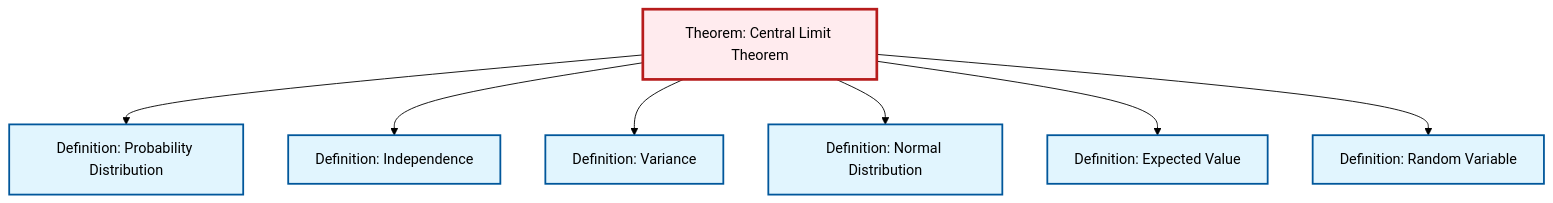
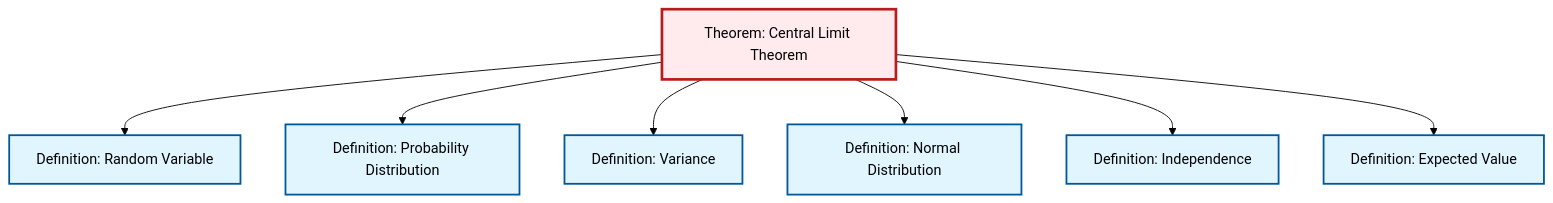
Before and after one commit to RK0429/ModernMath: the second of 2 diagrams in content/en/probability-statistics/thm-central-limit.qmd, drawn with Mermaid (forest theme). The commit also changed other lines of this file and 672 other files, not shown here.

````diff
--- a/content/en/probability-statistics/thm-central-limit.qmd
+++ b/content/en/probability-statistics/thm-central-limit.qmd
@@ -111,29 +111,29 @@
 ```{mermaid}
 %%| fig-cap: "Local dependency graph"
 graph TD
     classDef definition fill:#e1f5fe,stroke:#01579b,stroke-width:2px
     classDef theorem fill:#f3e5f5,stroke:#4a148c,stroke-width:2px
     classDef axiom fill:#fff3e0,stroke:#e65100,stroke-width:2px
     classDef example fill:#e8f5e9,stroke:#1b5e20,stroke-width:2px
     classDef current fill:#ffebee,stroke:#b71c1c,stroke-width:3px
+    def-normal-distribution["Definition: Normal Distribution"]:::definition
+    def-independence["Definition: Independence"]:::definition
+    def-expectation["Definition: Expected Value"]:::definition
     def-probability-distribution["Definition: Probability Distribution"]:::definition
-    def-expectation["Definition: Expected Value"]:::definition
-    def-random-variable["Definition: Random Variable"]:::definition
-    def-independence["Definition: Independence"]:::definition
-    def-normal-distribution["Definition: Normal Distribution"]:::definition
     thm-central-limit["Theorem: Central Limit Theorem"]:::theorem
     def-variance["Definition: Variance"]:::definition
+    def-random-variable["Definition: Random Variable"]:::definition
+    thm-central-limit --> def-random-variable
     thm-central-limit --> def-probability-distribution
-    thm-central-limit --> def-independence
     thm-central-limit --> def-variance
     thm-central-limit --> def-normal-distribution
+    thm-central-limit --> def-independence
     thm-central-limit --> def-expectation
-    thm-central-limit --> def-random-variable
     class thm-central-limit current
+    click def-normal-distribution "def-normal-distribution.html" "Go to Normal Distribution definition"
+    click def-independence "def-independence.html" "Go to Independence definition"
+    click def-expectation "def-expectation.html" "Go to Expected Value definition"
     click def-probability-distribution "def-probability-distribution.html" "Go to Probability Distribution definition"
-    click def-expectation "def-expectation.html" "Go to Expected Value definition"
+    click def-variance "def-variance.html" "Go to Variance definition"
     click def-random-variable "def-random-variable.html" "Go to Random Variable definition"
-    click def-independence "def-independence.html" "Go to Independence definition"
-    click def-normal-distribution "def-normal-distribution.html" "Go to Normal Distribution definition"
-    click def-variance "def-variance.html" "Go to Variance definition"
 ```
````
